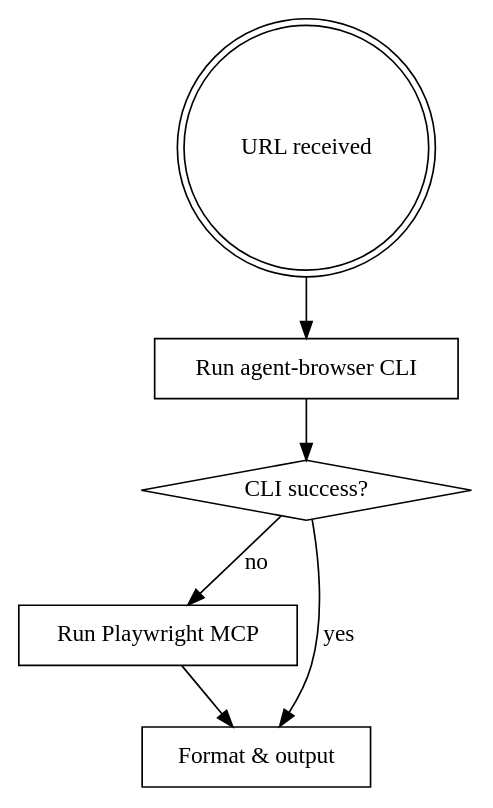
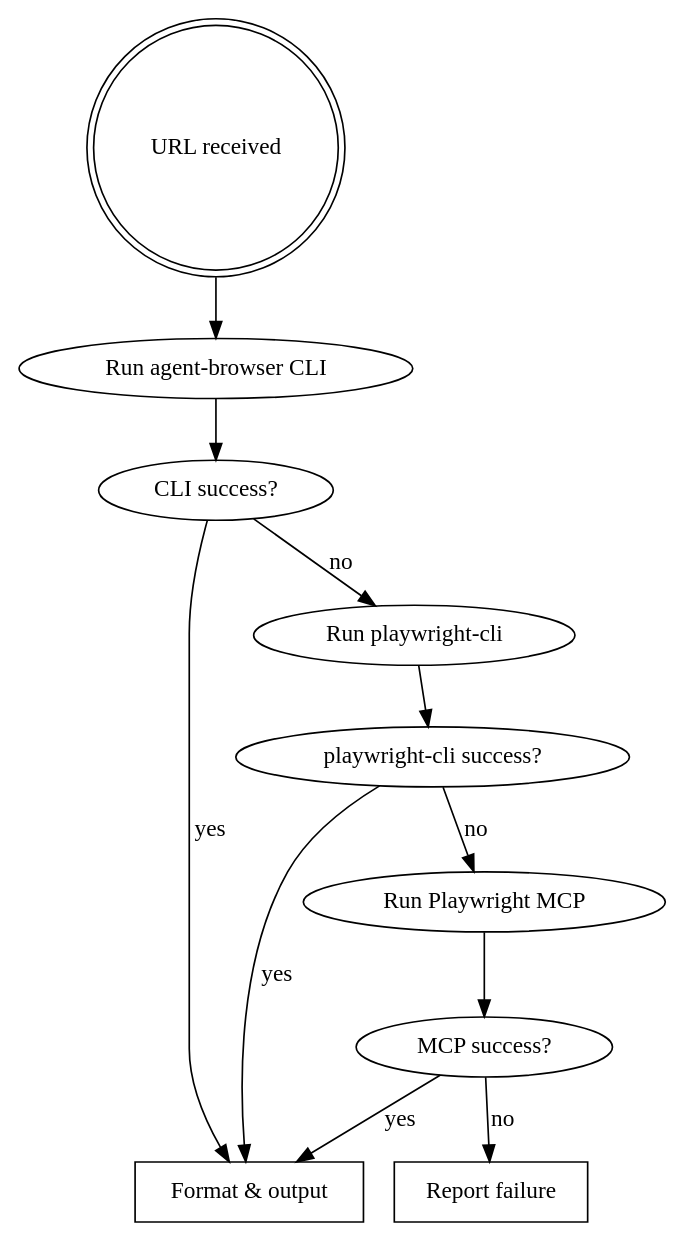
One commit to sekka/dotfiles changed the diagram in home/.claude/skills/user-fetching-x-posts/SKILL.md. Above: the diagram before and after it, drawn with Graphviz. The commit also changed other lines of this file and 3 other files, not shown here.

````diff
--- a/home/.claude/skills/user-fetching-x-posts/SKILL.md
+++ b/home/.claude/skills/user-fetching-x-posts/SKILL.md
@@ -16,15 +16,18 @@
 ```dot
 digraph fetch_flow {
   "URL received" [shape=doublecircle];
-  "CLI success?" [shape=diamond];
-  "Run agent-browser CLI" [shape=box];
-  "Run Playwright MCP" [shape=box];
   "Format & output" [shape=box];
+  "Report failure" [shape=box];
 
   "URL received" -> "Run agent-browser CLI";
-  "Run agent-browser CLI" -> "CLI success?" ;
+  "Run agent-browser CLI" -> "CLI success?";
   "CLI success?" -> "Format & output" [label="yes"];
-  "CLI success?" -> "Run Playwright MCP" [label="no"];
-  "Run Playwright MCP" -> "Format & output";
+  "CLI success?" -> "Run playwright-cli" [label="no"];
+  "Run playwright-cli" -> "playwright-cli success?";
+  "playwright-cli success?" -> "Format & output" [label="yes"];
+  "playwright-cli success?" -> "Run Playwright MCP" [label="no"];
+  "Run Playwright MCP" -> "MCP success?";
+  "MCP success?" -> "Format & output" [label="yes"];
+  "MCP success?" -> "Report failure" [label="no"];
 }
 ```
````
